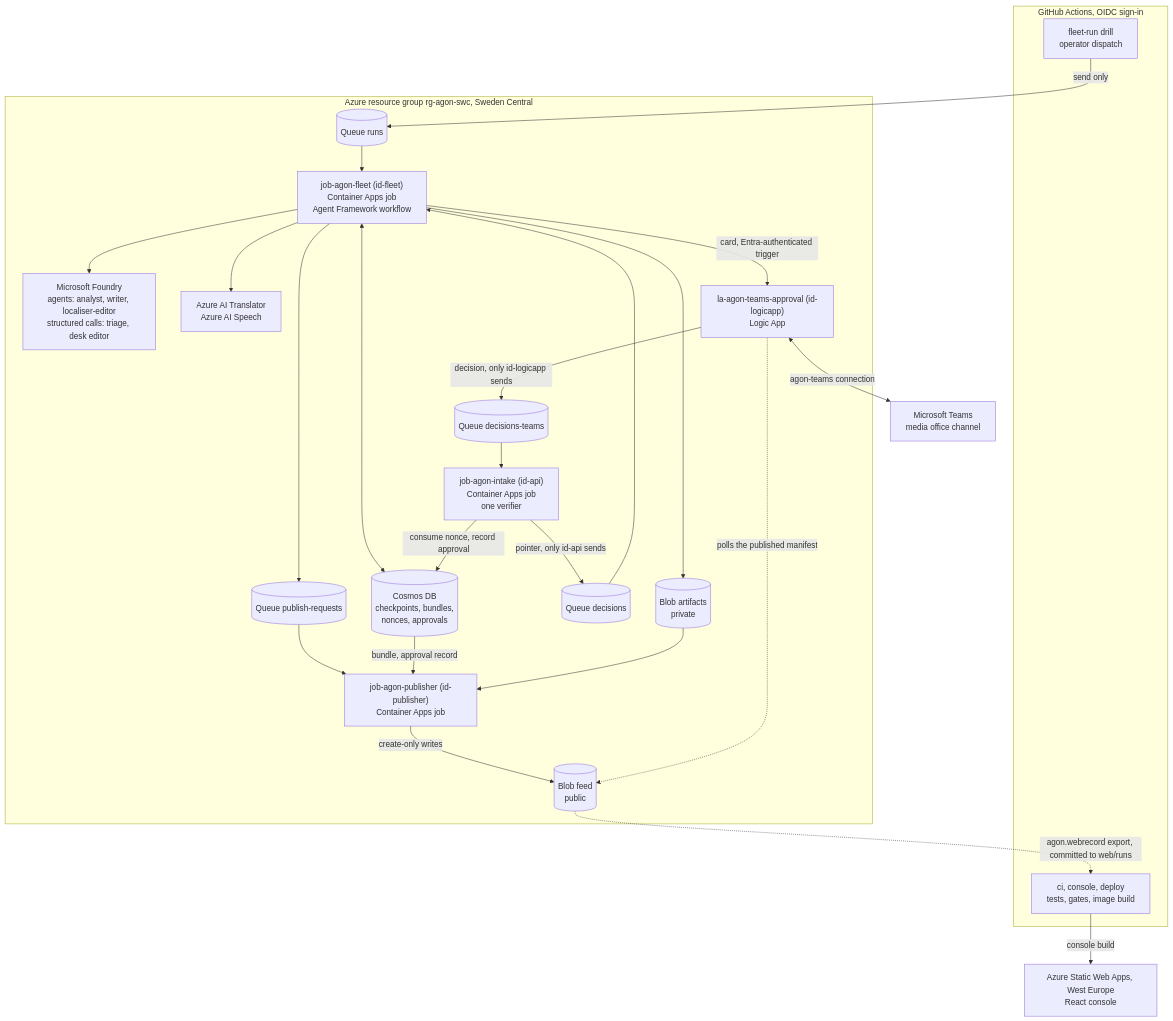
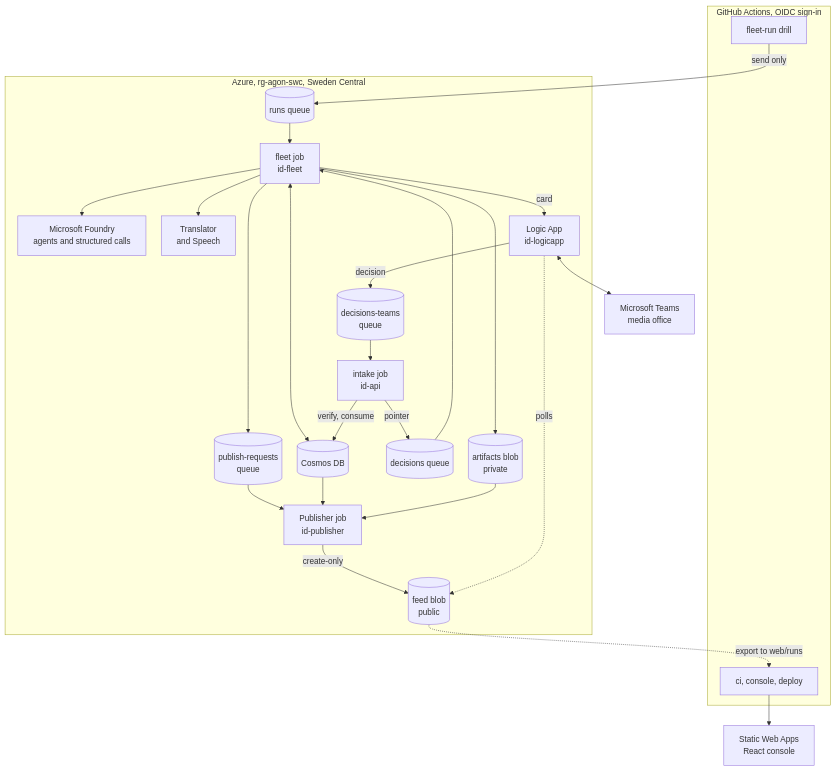
Before and after one commit to upgradedev/agon-azure: the first of 3 diagrams in README.md, drawn with Mermaid. The commit also changed other lines of this file, not shown here.

Commit message:
docs(readme): compact architecture and workflow diagrams, with a table naming each Azure resource

````diff
--- a/README.md
+++ b/README.md
@@ -79,46 +79,47 @@
 ```mermaid
+%%{init: {"flowchart": {"rankSpacing": 40, "nodeSpacing": 30}}}%%
 flowchart TB
   subgraph GH["GitHub Actions, OIDC sign-in"]
-    DRILL["fleet-run drill<br/>operator dispatch"]
-    CI["ci, console, deploy<br/>tests, gates, image build"]
+    DRILL["fleet-run drill"]
+    CI["ci, console, deploy"]
   end
-  subgraph AZ["Azure resource group rg-agon-swc, Sweden Central"]
-    RUNS[("Queue runs")]
-    FLEET["job-agon-fleet (id-fleet)<br/>Container Apps job<br/>Agent Framework workflow"]
-    FOUNDRY["Microsoft Foundry<br/>agents: analyst, writer, localiser-editor<br/>structured calls: triage, desk editor"]
-    TRS["Azure AI Translator<br/>Azure AI Speech"]
-    ART[("Blob artifacts<br/>private")]
-    COSMOS[("Cosmos DB<br/>checkpoints, bundles,<br/>nonces, approvals")]
-    LA["la-agon-teams-approval (id-logicapp)<br/>Logic App"]
-    DQT[("Queue decisions-teams")]
-    INTAKE["job-agon-intake (id-api)<br/>Container Apps job<br/>one verifier"]
-    DQ[("Queue decisions")]
-    PQ[("Queue publish-requests")]
-    PUB["job-agon-publisher (id-publisher)<br/>Container Apps job"]
-    FEED[("Blob feed<br/>public")]
+  subgraph AZ["Azure, rg-agon-swc, Sweden Central"]
+    RUNS[("runs queue")]
+    FLEET["fleet job<br/>id-fleet"]
+    FOUNDRY["Microsoft Foundry<br/>agents and structured calls"]
+    TRS["Translator<br/>and Speech"]
+    COSMOS[("Cosmos DB")]
+    ART[("artifacts blob<br/>private")]
+    LA["Logic App<br/>id-logicapp"]
+    DQT[("decisions-teams<br/>queue")]
+    INTAKE["intake job<br/>id-api"]
+    DQ[("decisions queue")]
+    PQ[("publish-requests<br/>queue")]
+    PUB["Publisher job<br/>id-publisher"]
+    FEED[("feed blob<br/>public")]
   end
-  TEAMS["Microsoft Teams<br/>media office channel"]
-  SWA["Azure Static Web Apps, West Europe<br/>React console"]
+  TEAMS["Microsoft Teams<br/>media office"]
+  SWA["Static Web Apps<br/>React console"]
 
   DRILL -->|"send only"| RUNS
   RUNS --> FLEET
   FLEET --> FOUNDRY
   FLEET --> TRS
+  FLEET <--> COSMOS
   FLEET --> ART
-  FLEET <--> COSMOS
-  FLEET -->|"card, Entra-authenticated trigger"| LA
-  LA <-->|"agon-teams connection"| TEAMS
-  LA -->|"decision, only id-logicapp sends"| DQT
+  FLEET -->|"card"| LA
+  LA <--> TEAMS
+  LA -->|"decision"| DQT
   DQT --> INTAKE
-  INTAKE -->|"consume nonce, record approval"| COSMOS
-  INTAKE -->|"pointer, only id-api sends"| DQ
+  INTAKE -->|"verify, consume"| COSMOS
+  INTAKE -->|"pointer"| DQ
   DQ --> FLEET
   FLEET --> PQ
   PQ --> PUB
-  COSMOS -->|"bundle, approval record"| PUB
+  COSMOS --> PUB
   ART --> PUB
-  PUB -->|"create-only writes"| FEED
-  LA -.->|"polls the published manifest"| FEED
-  FEED -.->|"agon.webrecord export, committed to web/runs"| CI
-  CI -->|"console build"| SWA
+  PUB -->|"create-only"| FEED
+  LA -.->|"polls"| FEED
+  FEED -.->|"export to web/runs"| CI
+  CI --> SWA
 ```
````
